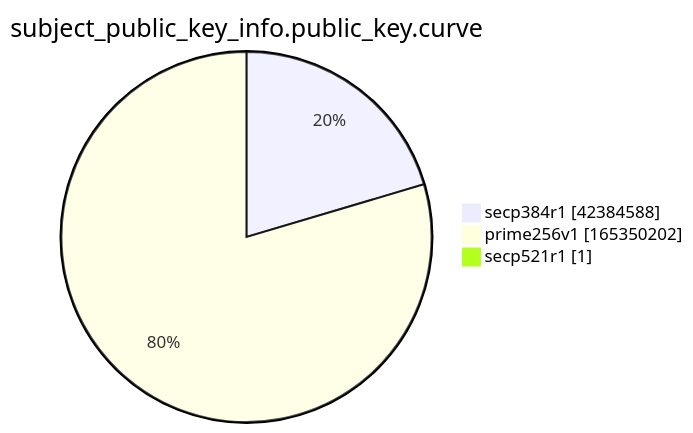
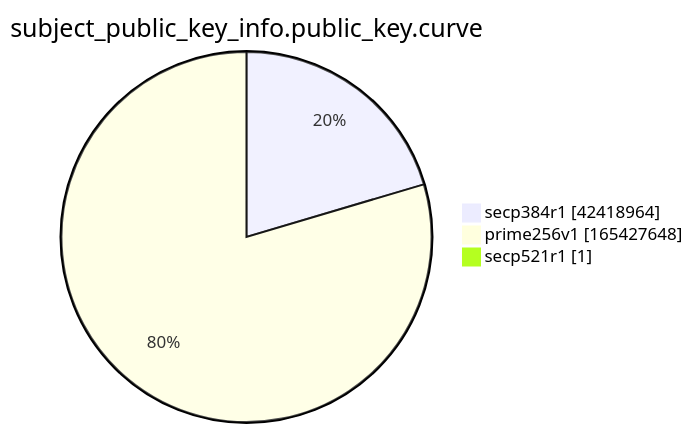
One commit to christiankrug/ctmonitor_visualization changed the ninth of 15 diagrams in xenon2022/README.md. Above: the diagram before and after it, drawn with Mermaid. The commit also changed other lines of this file, not shown here.

````diff
--- a/xenon2022/README.md
+++ b/xenon2022/README.md
@@ -2869,7 +2869,7 @@
 ```mermaid
 pie showData
 title subject_public_key_info.public_key.curve
-"secp384r1" :42384588
-"prime256v1" :165350202
+"secp384r1" :42418964
+"prime256v1" :165427648
 "secp521r1" :1
 ```
````
